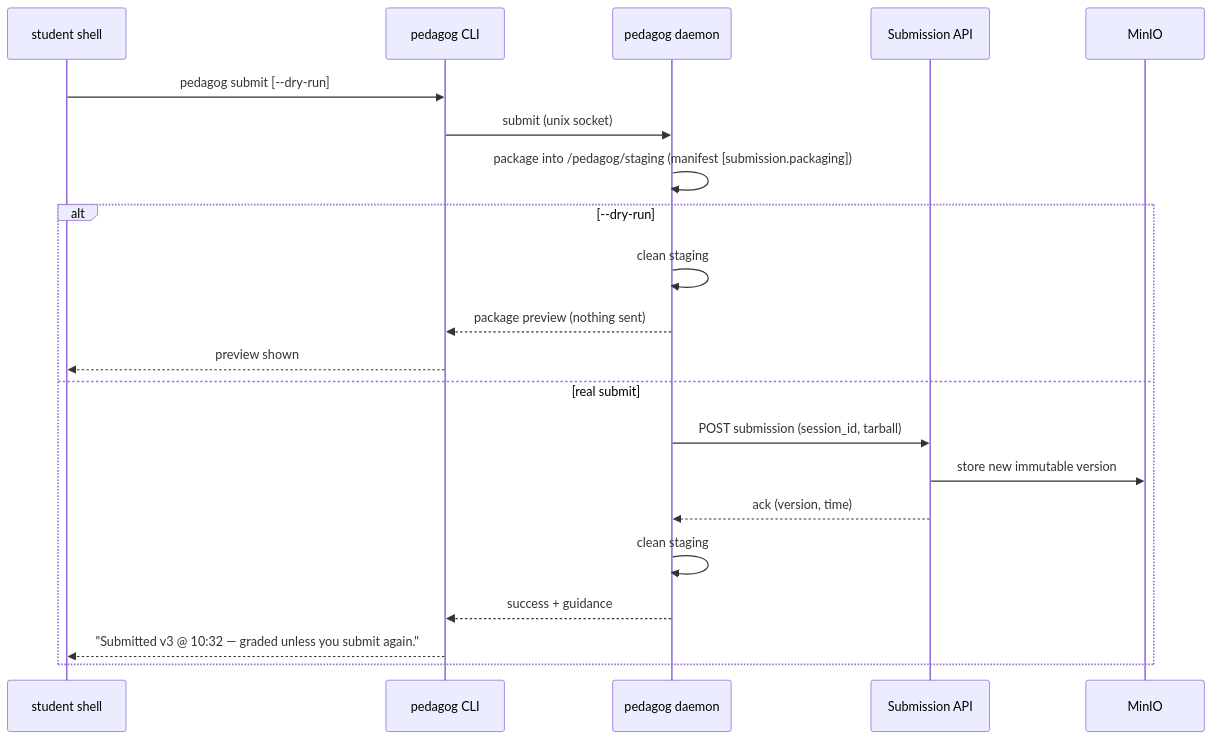
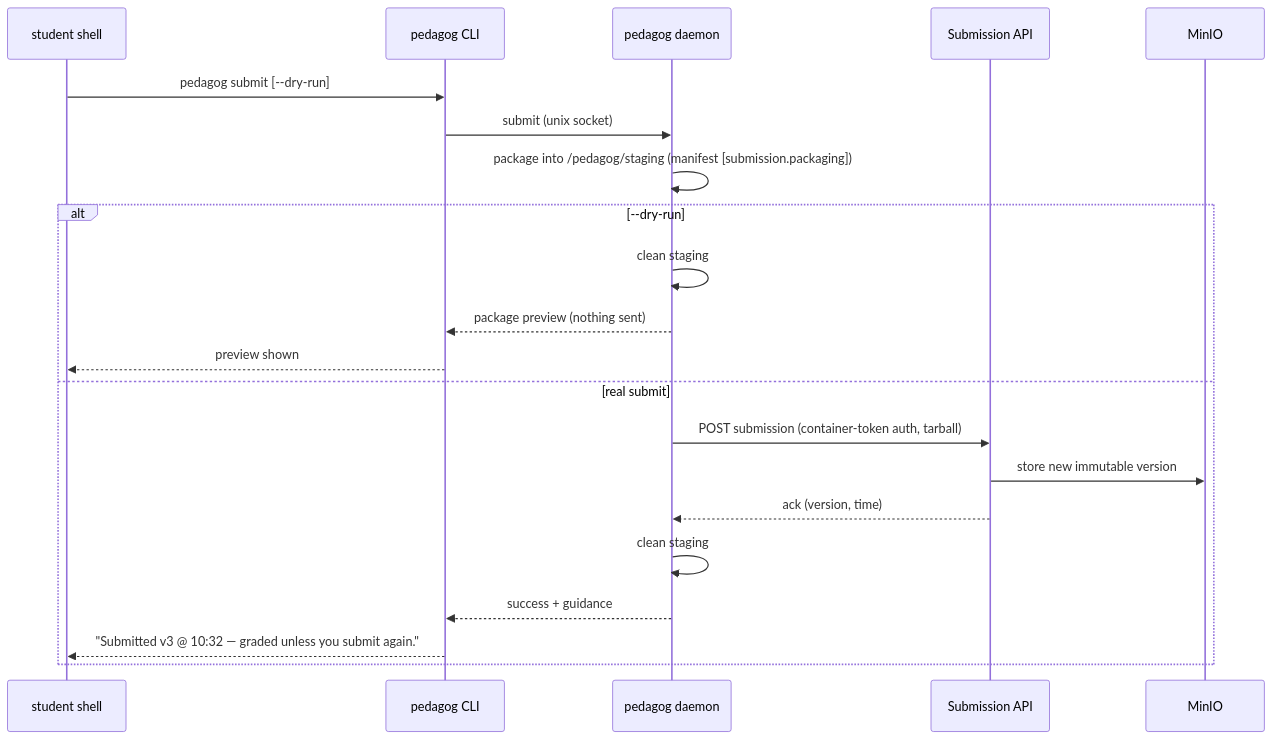
The sixth of 9 diagrams in docs/02-design-exam-system.md (pedagog-org/pedagog), drawn with Mermaid before and after one commit. The commit also changed other lines of this file and 4 other files, not shown here.

First line of the commit message:
docs: split public session_id from secret container token

````diff
--- a/docs/02-design-exam-system.md
+++ b/docs/02-design-exam-system.md
@@ -403,23 +410,23 @@
 ```mermaid
 sequenceDiagram
   participant ST as student shell
   participant CLI as pedagog CLI
   participant D as pedagog daemon
   participant API as Submission API
   participant M as MinIO
   ST->>CLI: pedagog submit [--dry-run]
   CLI->>D: submit (unix socket)
   D->>D: package into /pedagog/staging (manifest [submission.packaging])
   alt --dry-run
     D->>D: clean staging
     D-->>CLI: package preview (nothing sent)
     CLI-->>ST: preview shown
   else real submit
-    D->>API: POST submission (session_id, tarball)
+    D->>API: POST submission (container-token auth, tarball)
     API->>M: store new immutable version
     API-->>D: ack (version, time)
     D->>D: clean staging
     D-->>CLI: success + guidance
     CLI-->>ST: "Submitted v3 @ 10:32 — graded unless you submit again."
   end
 ```
````
